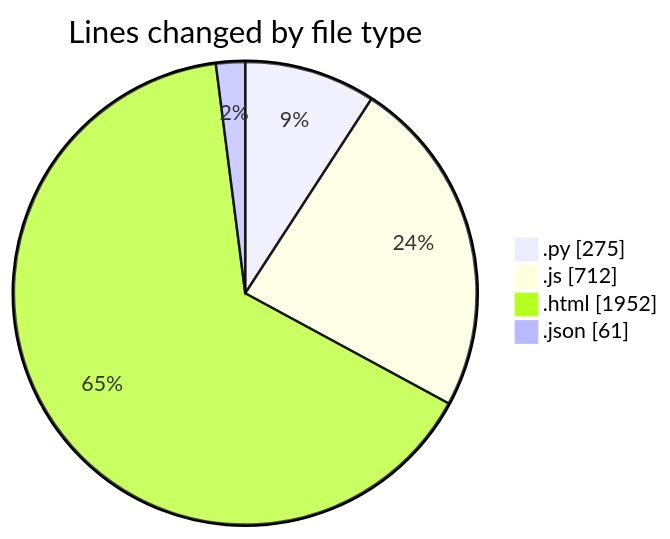
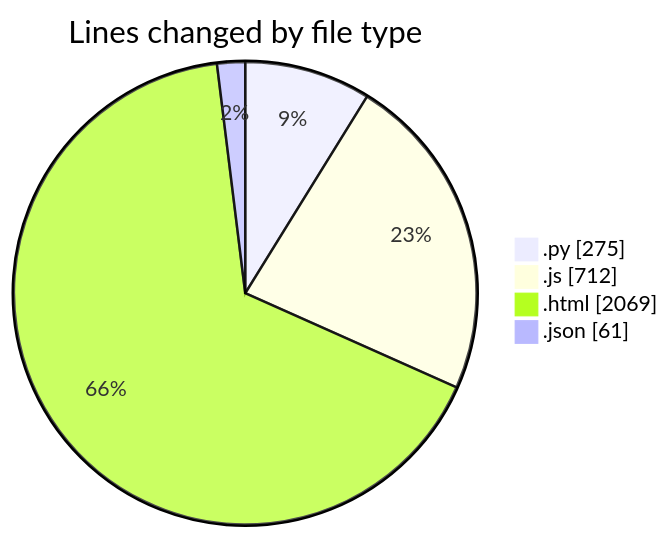
One commit to shibass792/code-tracking changed the first of 2 diagrams in 2026-07-09/twenty_versions_aminor/README.md. Above: the diagram before and after it, drawn with Mermaid. The commit also changed other lines of this file and 1 other file, not shown here.

````diff
--- a/2026-07-09/twenty_versions_aminor/README.md
+++ b/2026-07-09/twenty_versions_aminor/README.md
@@ -25,8 +25,8 @@
 ```mermaid
 pie showData
 title Lines changed by file type
 ".py" : 275
 ".js" : 712
-".html" : 1952
+".html" : 2069
 ".json" : 61
 ```
````
